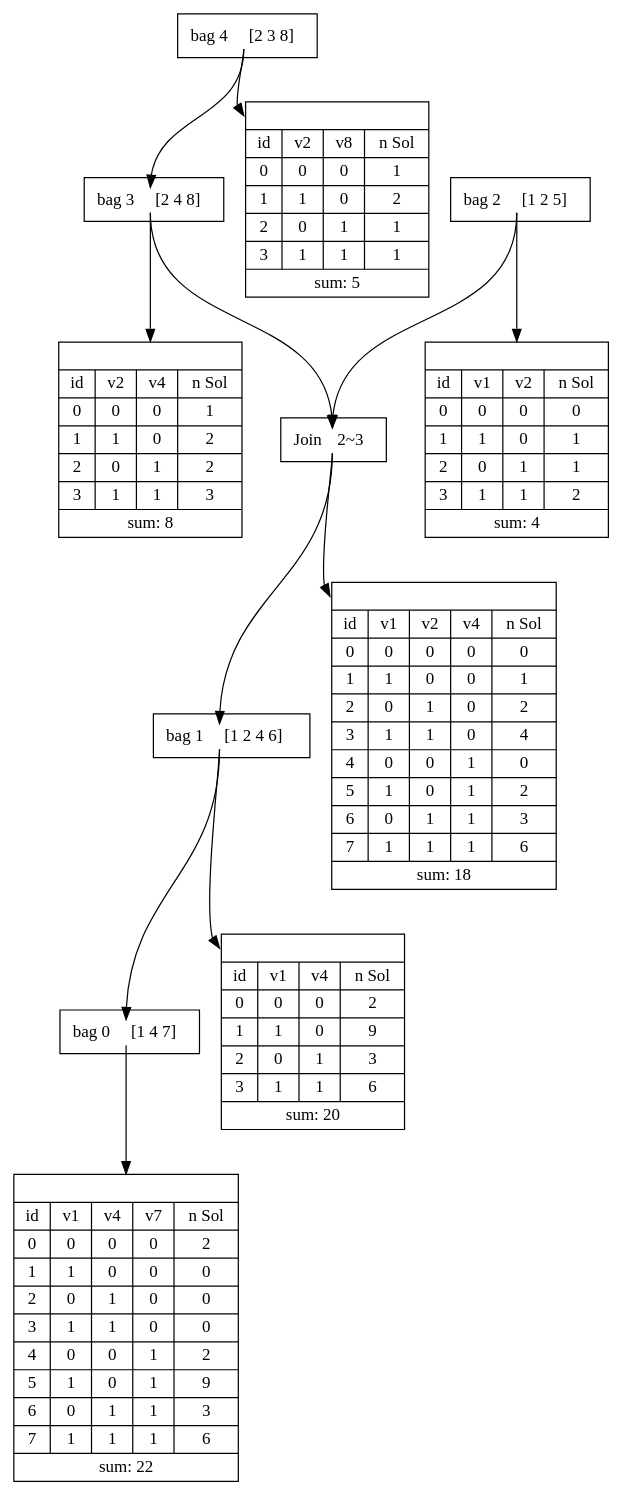
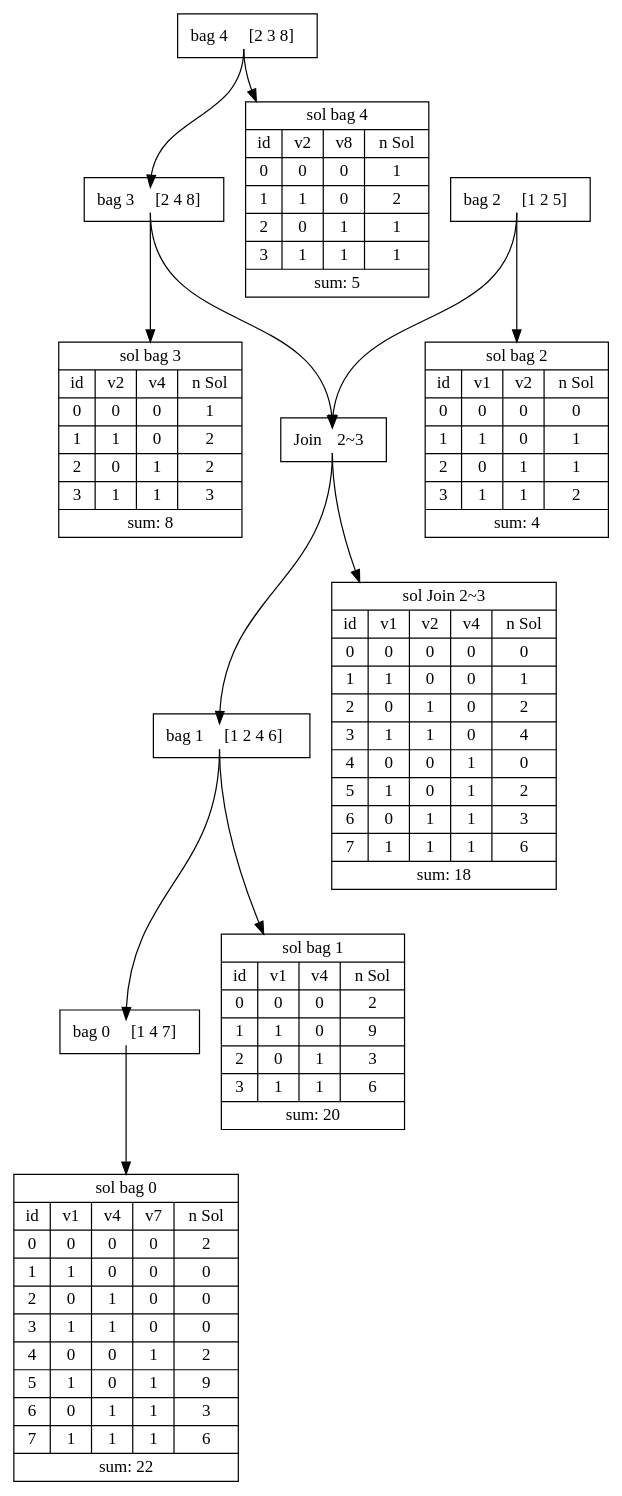
The diagram in satvisualization_repo/satvisu/example41.dot (VaeterchenFrost/gpusat-VISU), drawn with Graphviz before and after one commit. The commit also changed 4 other files, not shown here.

```diff
--- a/satvisualization_repo/satvisu/example41.dot
+++ b/satvisualization_repo/satvisu/example41.dot
@@ -1,33 +1,33 @@
 digraph structs {
 	node [shape=rect]
 	bag4 [label=<<TABLE BORDER="0" CELLBORDER="0" CELLSPACING="0">
               <TR><TD BGCOLOR="white">bag 4</TD><TD PORT="anchor"></TD><TD>[2 3 8]</TD></TR></TABLE>>]
 	bag3 [label=<<TABLE BORDER="0" CELLBORDER="0" CELLSPACING="0">
               <TR><TD BGCOLOR="white">bag 3</TD><TD PORT="anchor"></TD><TD>[2 4 8]</TD></TR></TABLE>>]
 	join1 [label=<<TABLE BORDER="0" CELLBORDER="0" CELLSPACING="0">
               <TR><TD BGCOLOR="white">Join</TD><TD PORT="anchor"></TD><TD>2~3</TD></TR></TABLE>>]
 	bag2 [label=<<TABLE BORDER="0" CELLBORDER="0" CELLSPACING="0">
               <TR><TD BGCOLOR="white">bag 2</TD><TD PORT="anchor"></TD><TD>[1 2 5]</TD></TR></TABLE>>]
 	bag1 [label=<<TABLE BORDER="0" CELLBORDER="0" CELLSPACING="0">
               <TR><TD BGCOLOR="white">bag 1</TD><TD PORT="anchor"></TD><TD>[1 2 4 6]</TD></TR></TABLE>>]
 	bag0 [label=<<TABLE BORDER="0" CELLBORDER="0" CELLSPACING="0">
               <TR><TD BGCOLOR="white">bag 0</TD><TD PORT="anchor"></TD><TD>[1 4 7]</TD></TR></TABLE>>]
 	node [shape=record]
-	sol2 [label="{<anchor> |{{id|0|1|2|3}|{v1|0|1|0|1}|{v2|0|0|1|1}|{n Sol|0|1|1|2}}|sum: 4}"]
-	sol4 [label="{<anchor> |{{id|0|1|2|3}|{v2|0|1|0|1}|{v8|0|0|1|1}|{n Sol|1|2|1|1}}|sum: 5}"]
-	sol3 [label="{<anchor> |{{id|0|1|2|3}|{v2|0|1|0|1}|{v4|0|0|1|1}|{n Sol|1|2|2|3}}|sum: 8}"]
-	solJoin1 [label="{<anchor> |{{id|0|1|2|3|4|5|6|7}|{v1|0|1|0|1|0|1|0|1}|{v2|0|0|1|1|0|0|1|1}|{v4|0|0|0|0|1|1|1|1}|{n Sol|0|1|2|4|0|2|3|6}}|sum: 18}"]
-	sol1 [label="{<anchor> |{{id|0|1|2|3}|{v1|0|1|0|1}|{v4|0|0|1|1}|{n Sol|2|9|3|6}}|sum: 20}"]
-	sol0 [label="{<anchor> |{{id|0|1|2|3|4|5|6|7}|{v1|0|1|0|1|0|1|0|1}|{v4|0|0|1|1|0|0|1|1}|{v7|0|0|0|0|1|1|1|1}|{n Sol|2|0|0|0|2|9|3|6}}|sum: 22}"]
+	sol2 [label="{sol bag 2|{{id|0|1|2|3}|{v1|0|1|0|1}|{v2|0|0|1|1}|{n Sol|0|1|1|2}}|sum: 4}"]
+	sol4 [label="{sol bag 4|{{id|0|1|2|3}|{v2|0|1|0|1}|{v8|0|0|1|1}|{n Sol|1|2|1|1}}|sum: 5}"]
+	sol3 [label="{sol bag 3|{{id|0|1|2|3}|{v2|0|1|0|1}|{v4|0|0|1|1}|{n Sol|1|2|2|3}}|sum: 8}"]
+	solJoin1 [label="{sol Join 2~3|{{id|0|1|2|3|4|5|6|7}|{v1|0|1|0|1|0|1|0|1}|{v2|0|0|1|1|0|0|1|1}|{v4|0|0|0|0|1|1|1|1}|{n Sol|0|1|2|4|0|2|3|6}}|sum: 18}"]
+	sol1 [label="{sol bag 1|{{id|0|1|2|3}|{v1|0|1|0|1}|{v4|0|0|1|1}|{n Sol|2|9|3|6}}|sum: 20}"]
+	sol0 [label="{sol bag 0|{{id|0|1|2|3|4|5|6|7}|{v1|0|1|0|1|0|1|0|1}|{v4|0|0|1|1|0|0|1|1}|{v7|0|0|0|0|1|1|1|1}|{n Sol|2|0|0|0|2|9|3|6}}|sum: 22}"]
 	bag4:anchor -> bag3:anchor
 	bag2:anchor -> join1:anchor
 	bag3:anchor -> join1:anchor
 	join1:anchor -> bag1:anchor
 	bag1:anchor -> bag0:anchor
 	bag4:anchor -> sol4:anchor
 	bag3:anchor -> sol3:anchor
 	bag2:anchor -> sol2:anchor
 	bag1:anchor -> sol1:anchor
 	bag0:anchor -> sol0:anchor
 	join1:anchor -> solJoin1:anchor
 }
```
